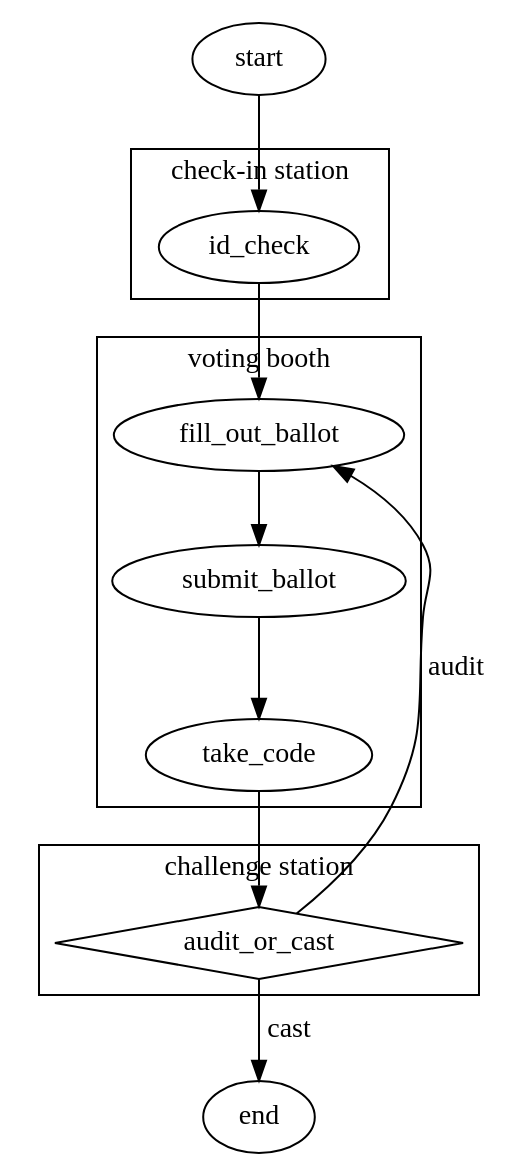
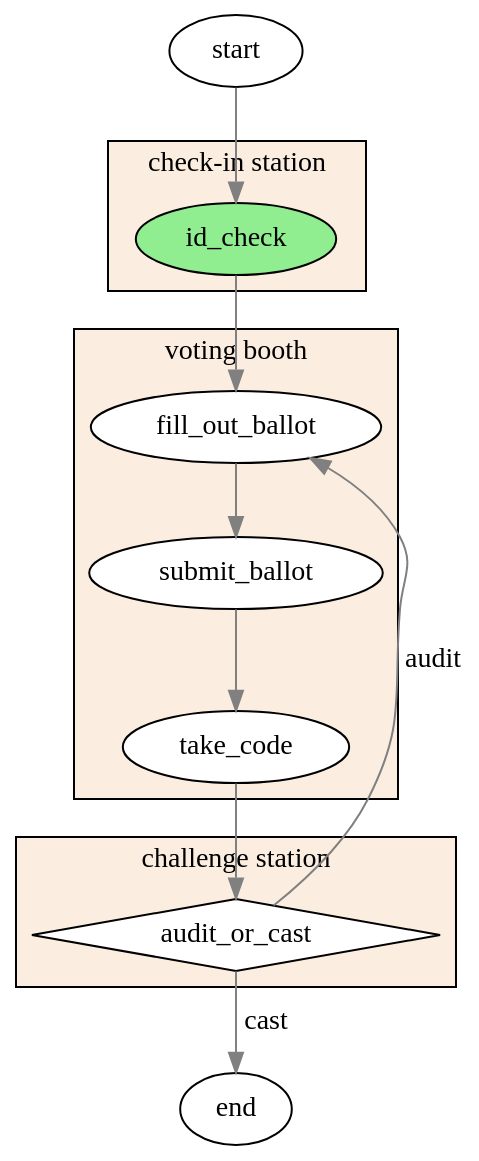
One commit to jefdaj/cryptoisland changed the diagram in src/posts/2024/10/15/mechanics-of-the-benaloh-challenge/current-workflow.dot. Above: the diagram before and after it, drawn with Graphviz. The commit also changed 4 other files, not shown here.

```diff
--- a/src/posts/2024/10/15/mechanics-of-the-benaloh-challenge/current-workflow.dot
+++ b/src/posts/2024/10/15/mechanics-of-the-benaloh-challenge/current-workflow.dot
@@ -1,28 +1,37 @@
 digraph current_workflow {
+  rankdir=TB
+  bgcolor=transparent
+  node [style=filled, fillcolor=white]
+  edge [color=grey]
+
   start
   end
   start -> id_check
   subgraph cluster_votingbooth {
+    bgcolor="#fbeee0"
     label="voting booth"
     fill_out_ballot -> submit_ballot -> take_code
   }
   subgraph cluster_checkin {
+    bgcolor="#fbeee0"
     label="check-in station"
+    id_check [fillcolor=lightgreen]
     id_check -> fill_out_ballot
   }
   subgraph cluster_challenge {
+    bgcolor="#fbeee0"
     label="challenge station"
     audit_or_cast [shape=diamond]
   }
   // TODO separate post
   // subgraph cluster_verify {
   //   label="verify tally"
   //   verify_vote_included -> verify_tally
   // }
   take_code -> audit_or_cast
   audit_or_cast -> fill_out_ballot [label="audit", weight=0]
   // audit_or_cast -> verify_vote_included [label="cast"]
   audit_or_cast -> end [label="cast"]
   // verify_vote_included -> end
   // verify_tally -> end
 }
```
